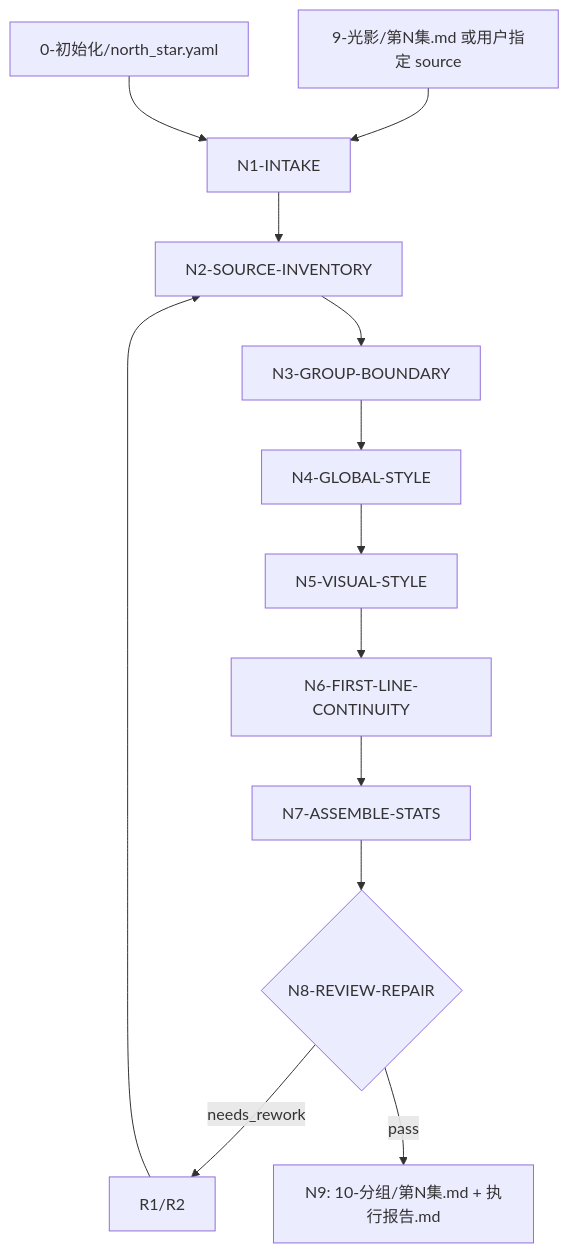
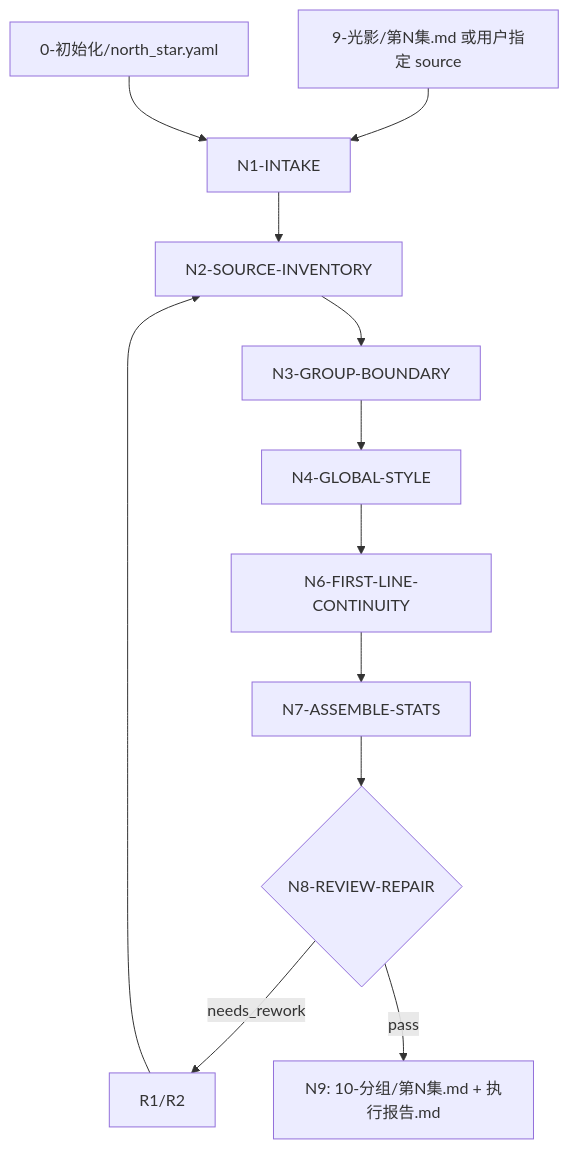
One commit to ZEN-VOID/AI-CUT changed the diagram in .agents/skills/aigc/10-分组/SKILL.md. Above: the diagram before and after it, drawn with Mermaid. The commit also changed other lines of this file and 293 other files, not shown here.

````diff
--- a/.agents/skills/aigc/10-分组/SKILL.md
+++ b/.agents/skills/aigc/10-分组/SKILL.md
@@ -154,15 +153,14 @@
 ```mermaid
 flowchart TD
     A["9-光影/第N集.md 或用户指定 source"] --> B["N1-INTAKE"]
     C["0-初始化/north_star.yaml"] --> B
     B --> D["N2-SOURCE-INVENTORY"]
     D --> E["N3-GROUP-BOUNDARY"]
     E --> F["N4-GLOBAL-STYLE"]
-    F --> G["N5-VISUAL-STYLE"]
-    G --> H["N6-FIRST-LINE-CONTINUITY"]
+    F --> H["N6-FIRST-LINE-CONTINUITY"]
     H --> I["N7-ASSEMBLE-STATS"]
     I --> J{"N8-REVIEW-REPAIR"}
     J -->|"needs_rework"| R["R1/R2"]
     R --> D
     J -->|"pass"| K["N9: 10-分组/第N集.md + 执行报告.md"]
 ```
````
